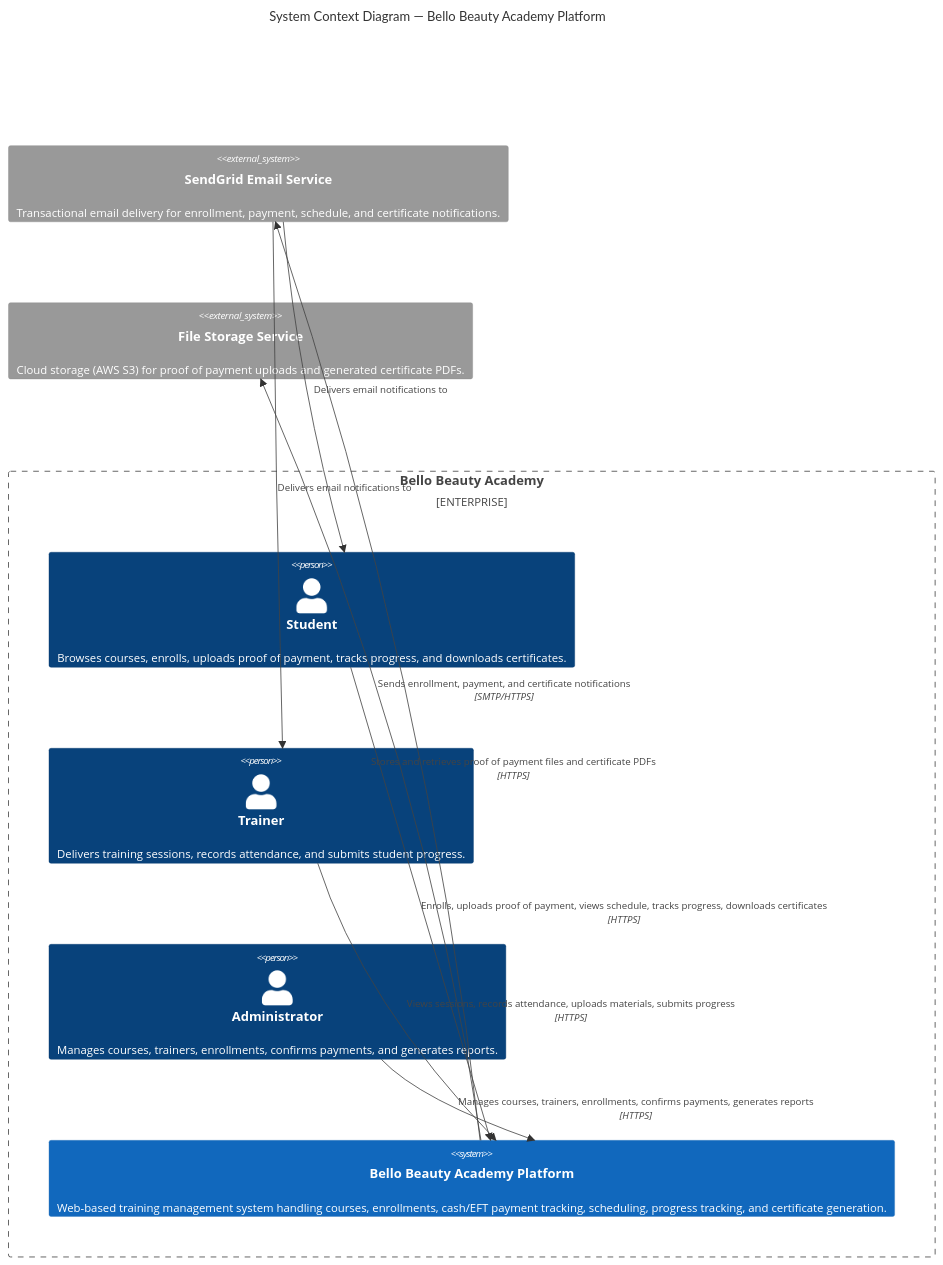
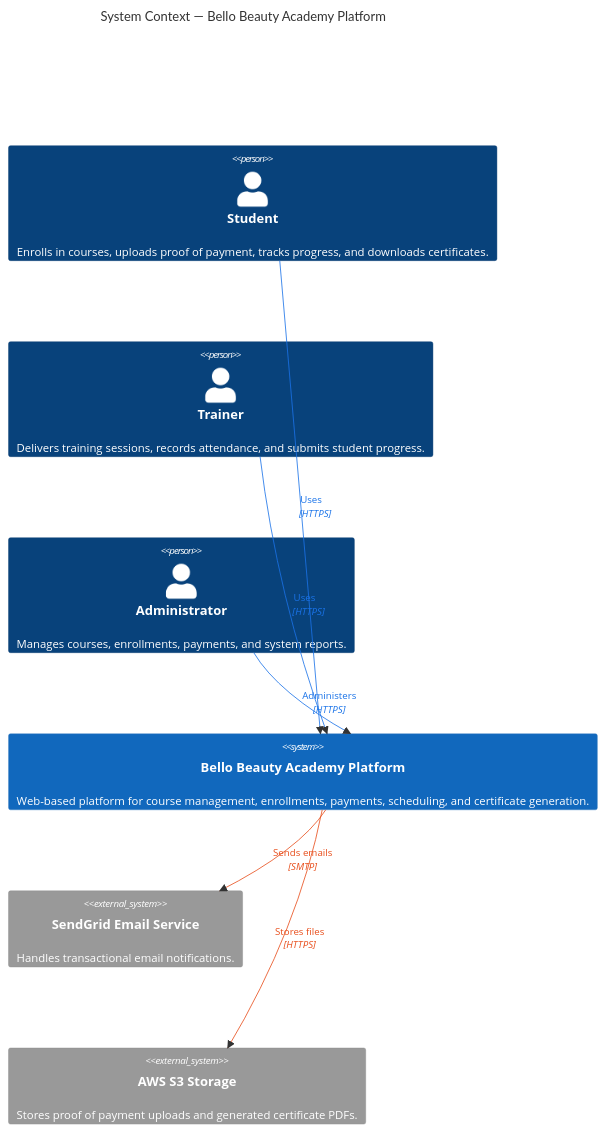
One commit to Aaniquah222641495/bello-beauty-academy changed the first of 8 diagrams in docs/ARCHITECTURE.md. Above: the diagram before and after it, drawn with Mermaid. The commit also changed other lines of this file, not shown here.

Commit message:
Update report by updating C4 diagrams and add legends

````diff
--- a/docs/ARCHITECTURE.md
+++ b/docs/ARCHITECTURE.md
@@ -126,27 +121,27 @@
 ```mermaid
 C4Context
-    title System Context Diagram — Bello Beauty Academy Platform
+    title System Context — Bello Beauty Academy Platform
 
-    Enterprise_Boundary(academy, "Bello Beauty Academy") {
+    Person(student, "Student", "Enrolls in courses, uploads proof of payment, tracks progress, and downloads certificates.")
+    Person(trainer, "Trainer", "Delivers training sessions, records attendance, and submits student progress.")
+    Person(admin, "Administrator", "Manages courses, enrollments, payments, and system reports.")
 
-        Person(student, "Student", "Browses courses, enrolls, uploads proof of payment, tracks progress, and downloads certificates.")
-        Person(trainer, "Trainer", "Delivers training sessions, records attendance, and submits student progress.")
-        Person(admin, "Administrator", "Manages courses, trainers, enrollments, confirms payments, and generates reports.")
+    System(platform, "Bello Beauty Academy Platform", "Web-based platform for course management, enrollments, payments, scheduling, and certificate generation.")
 
-        System(platform, "Bello Beauty Academy Platform", "Web-based training management system handling courses, enrollments, cash/EFT payment tracking, scheduling, progress tracking, and certificate generation.")
-    }
+    System_Ext(email, "SendGrid Email Service", "Handles transactional email notifications.")
+    System_Ext(storage, "AWS S3 Storage", "Stores proof of payment uploads and generated certificate PDFs.")
 
-    System_Ext(emailService, "SendGrid Email Service", "Transactional email delivery for enrollment, payment, schedule, and certificate notifications.")
-    System_Ext(fileStorage, "File Storage Service", "Cloud storage (AWS S3) for proof of payment uploads and generated certificate PDFs.")
+    Rel(student, platform, "Uses", "HTTPS")
+    Rel(trainer, platform, "Uses", "HTTPS")
+    Rel(admin, platform, "Administers", "HTTPS")
+    Rel(platform, email, "Sends emails", "SMTP")
+    Rel(platform, storage, "Stores files", "HTTPS")
 
-    Rel(student, platform, "Enrolls, uploads proof of payment, views schedule, tracks progress, downloads certificates", "HTTPS")
-    Rel(trainer, platform, "Views sessions, records attendance, uploads materials, submits progress", "HTTPS")
-    Rel(admin, platform, "Manages courses, trainers, enrollments, confirms payments, generates reports", "HTTPS")
-
-    Rel(platform, emailService, "Sends enrollment, payment, and certificate notifications", "SMTP/HTTPS")
-    Rel(platform, fileStorage, "Stores and retrieves proof of payment files and certificate PDFs", "HTTPS")
-    Rel(emailService, student, "Delivers email notifications to")
-    Rel(emailService, trainer, "Delivers email notifications to")
+    UpdateRelStyle(student, platform, $textColor="#1a73e8", $lineColor="#1a73e8")
+    UpdateRelStyle(trainer, platform, $textColor="#1a73e8", $lineColor="#1a73e8")
+    UpdateRelStyle(admin, platform, $textColor="#1a73e8", $lineColor="#1a73e8")
+    UpdateRelStyle(platform, email, $textColor="#e84d1a", $lineColor="#e84d1a")
+    UpdateRelStyle(platform, storage, $textColor="#e84d1a", $lineColor="#e84d1a")
 
     UpdateLayoutConfig($c4ShapeInRow="3", $c4BoundaryInRow="1")
 ```
````
